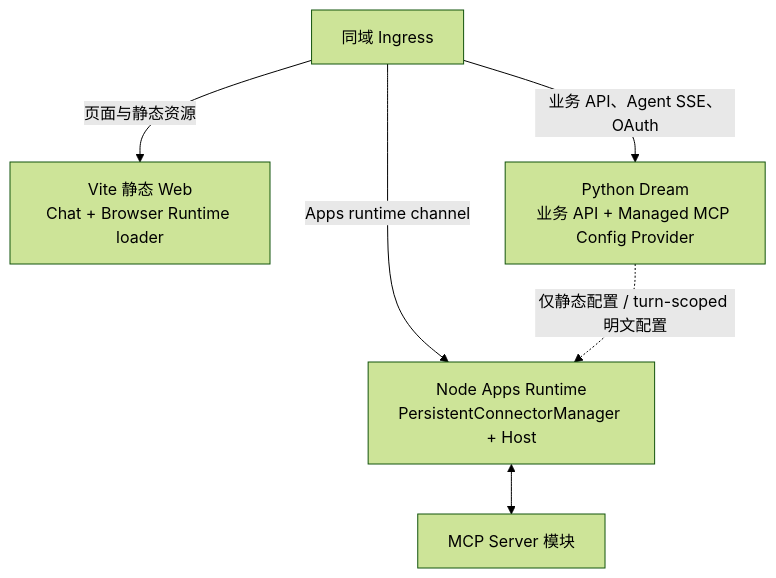
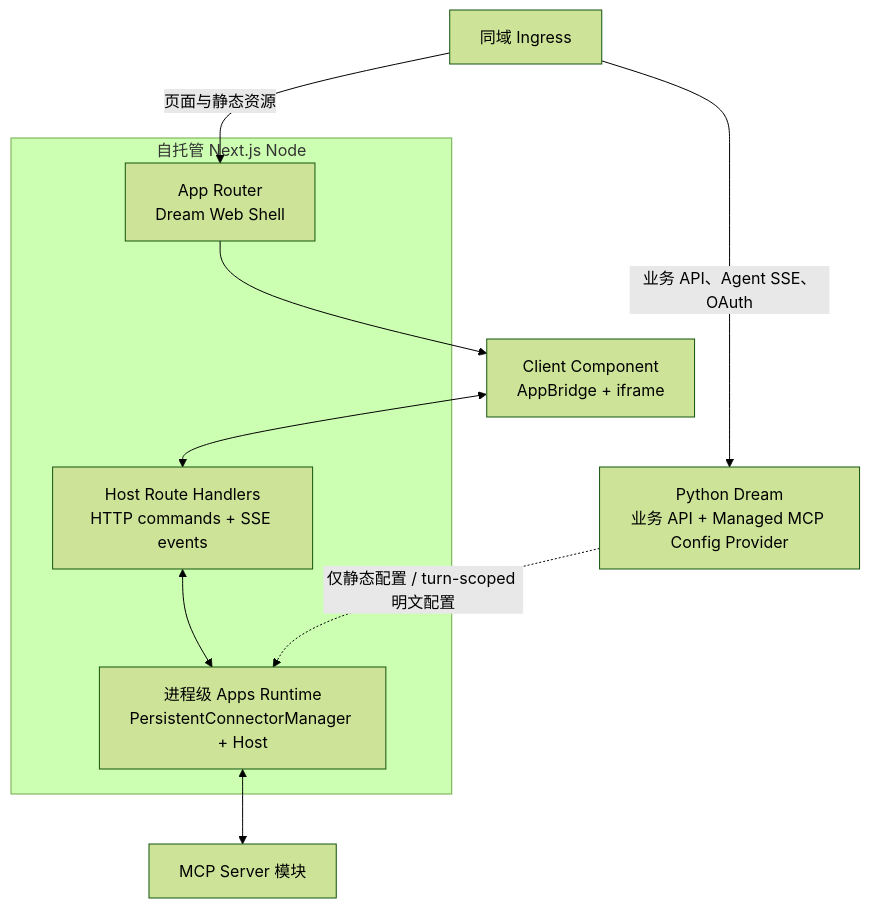
One commit to glide-the/im-dream changed the second of 2 diagrams in docs/design/claude-agent/dream-frontend-node-framework-migration-assessment.md. Above: the diagram before and after it, drawn with Mermaid (forest theme). The commit also changed other lines of this file and 7 other files, not shown here.

Commit message:
docs: require Next.js for MCP Apps host

````diff
--- a/docs/design/claude-agent/dream-frontend-node-framework-migration-assessment.md
+++ b/docs/design/claude-agent/dream-frontend-node-framework-migration-assessment.md
@@ -192,14 +197,20 @@
 ```mermaid
 flowchart TB
     INGRESS["同域 Ingress"]
-    VITE["Vite 静态 Web<br/>Chat + Browser Runtime loader"]
-    NODE["Node Apps Runtime<br/>PersistentConnectorManager + Host"]
+    subgraph NEXT["自托管 Next.js Node"]
+        WEB["App Router<br/>Dream Web Shell"]
+        API["Host Route Handlers<br/>HTTP commands + SSE events"]
+        NODE["进程级 Apps Runtime<br/>PersistentConnectorManager + Host"]
+        API <--> NODE
+    end
+    BROWSER["Client Component<br/>AppBridge + iframe"]
     PY["Python Dream<br/>业务 API + Managed MCP Config Provider"]
     MCP["MCP Server 模块"]
 
-    INGRESS -->|"页面与静态资源"| VITE
-    INGRESS -->|"Apps runtime channel"| NODE
+    INGRESS -->|"页面与静态资源"| WEB
+    WEB --> BROWSER
+    BROWSER <--> API
     INGRESS -->|"业务 API、Agent SSE、OAuth"| PY
     PY -."仅静态配置 / turn-scoped 明文配置".-> NODE
     NODE <--> MCP
 ```
````
